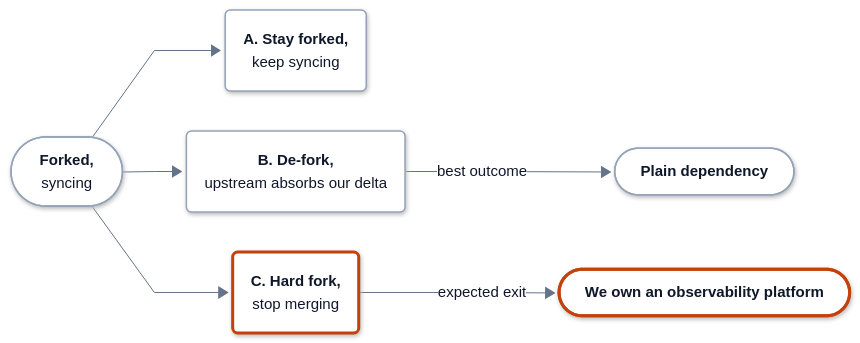
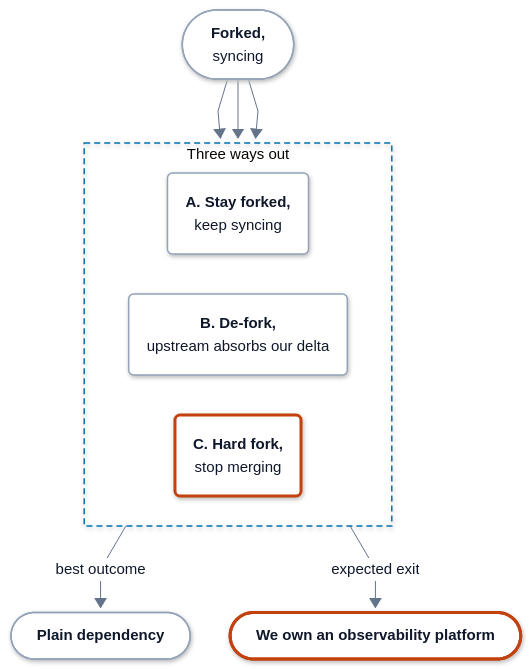
One commit to hyperi-io/dfe-hyperdx changed the diagram in docs/fork/leaving-upstream.md. Above: the diagram before and after it, drawn with Mermaid. The commit also changed 15 other files, not shown here.

First line of the commit message:
docs(architecture): add the architecture page and fit every flowchart (#234)

````diff
--- a/docs/fork/leaving-upstream.md
+++ b/docs/fork/leaving-upstream.md
@@ -16,74 +16,78 @@
 ```mermaid
 ---
 config:
   theme: base
   look: neo
   fontFamily: Inter, -apple-system, Segoe UI, Roboto, Helvetica, Arial, sans-serif
   flowchart:
     curve: linear
     nodeSpacing: 40
     rankSpacing: 64
     padding: 18
     wrappingWidth: 280
     htmlLabels: true
   elk:
     preset: modelOrder
   themeVariables:
     fontSize: 15px
     lineColor: "#64748B"
     primaryTextColor: "#0F172A"
     clusterBorder: "#0072B2"
     edgeLabelBackground: "#FFFFFF"
   themeCSS: >-
     p{margin:0}
     .node[data-look] rect,.node[data-look] path,.node[data-look] polygon,.node[data-look] .outer-path{filter:drop-shadow(0 1px 2px rgba(15,23,42,.10)) drop-shadow(0 6px 14px rgba(15,23,42,.10))}
     .node rect{rx:10px;ry:10px}
     .cluster rect{rx:16px;ry:16px}
     .node .label div{min-width:150px}
     .node.decision .label div{min-width:0}
     .cluster[data-look] rect{filter:none}
     .nodeLabel{line-height:1.35}
     .nodeLabel b{font-weight:600;font-size:15px;letter-spacing:-0.01em}
     .nodeLabel span{font-size:12.5px;font-weight:400;color:#334155}
     .cluster-label span.nodeLabel{display:inline-block;background:#FFFFFF;color:#0B2A3F;border:1.5px solid #0072B2;border-radius:999px;padding:2px 12px;font-size:11.5px;font-weight:700;letter-spacing:.09em;text-transform:uppercase}
     .flowchart-link{stroke-width:1.75px}
     .labelBkg{background:transparent!important}
     span.edgeLabel{display:inline-block;background:#FFFFFF!important;color:#1E293B;border:1px solid #94A3B8;border-radius:999px;padding:2px 10px;font-size:12px;font-weight:500}
     span.edgeLabel p{background:transparent!important}
     .label-icon{width:20px;height:20px;vertical-align:-4px;margin-right:6px}
     .ingest .label-icon{color:#0E8A7D}
     .xform .label-icon{color:#7B4FB0}
     .load .label-icon{color:#0072B2}
     .bus .label-icon{color:#A8517F}
     .store .label-icon{color:#00785A}
     .ui .label-icon{color:#D9480F}
     .ext .label-icon{color:#64748B}
 ---
-flowchart LR
+flowchart TB
   accTitle: L4 Detail -- Three ways out of the fork
   accDescr: From forked and syncing, A stays forked and keeps syncing, B lets upstream absorb our delta and ends as a plain dependency, and C stops merging and copies the code into DFE, ending with us owning an observability platform.
   now(["<b>Forked,</b><br/><span>syncing</span>"])
-  a("<b>A. Stay forked,</b><br/><span>keep syncing</span>")
-  b("<b>B. De-fork,</b><br/><span>upstream absorbs our delta</span>")
-  c("<b>C. Hard fork,</b><br/><span>stop merging</span>")
+  subgraph ways["Three ways out"]
+    direction LR
+    a("<b>A. Stay forked,</b><br/><span>keep syncing</span>")
+    b("<b>B. De-fork,</b><br/><span>upstream absorbs our delta</span>")
+    c("<b>C. Hard fork,</b><br/><span>stop merging</span>")
+  end
   done(["<b>Plain dependency</b>"])
   own(["<b>We own an observability platform</b>"])
   now --> a
   now --> b
   now --> c
   b -->|best outcome| done
   c -->|expected exit| own
+  class now,a,b,done part
+  class c,own error
   classDef ext fill:#F4F6F8,stroke:#94A3B8,stroke-width:1.5px,stroke-dasharray:5 4,color:#0F172A
   classDef ingest fill:#FFFFFF,stroke:#0E8A7D,stroke-width:3px,color:#0F172A
   classDef xform fill:#FFFFFF,stroke:#7B4FB0,stroke-width:3px,color:#0F172A
   classDef load fill:#FFFFFF,stroke:#0072B2,stroke-width:3px,color:#0F172A
   classDef bus fill:#FFFFFF,stroke:#A8517F,stroke-width:3px,color:#0F172A
   classDef store fill:#FFFFFF,stroke:#00785A,stroke-width:3px,color:#0F172A
   classDef ui fill:#FFFFFF,stroke:#D9480F,stroke-width:3px,color:#0F172A
   classDef decision fill:#FFFFFF,stroke:#9A6700,stroke-width:3px,color:#0F172A
   classDef error fill:#FFFFFF,stroke:#C2410C,stroke-width:3px,color:#0F172A
   classDef control fill:#FFFFFF,stroke:#334155,stroke-width:3px,color:#0F172A
   classDef part fill:#FFFFFF,stroke:#94A3B8,stroke-width:1.5px,color:#0F172A
-  class now,a,b,done part
-  class c,own error
+  style ways fill:none,stroke:#0072B2,stroke-width:1.5px,stroke-dasharray:6 4
 ```
````
